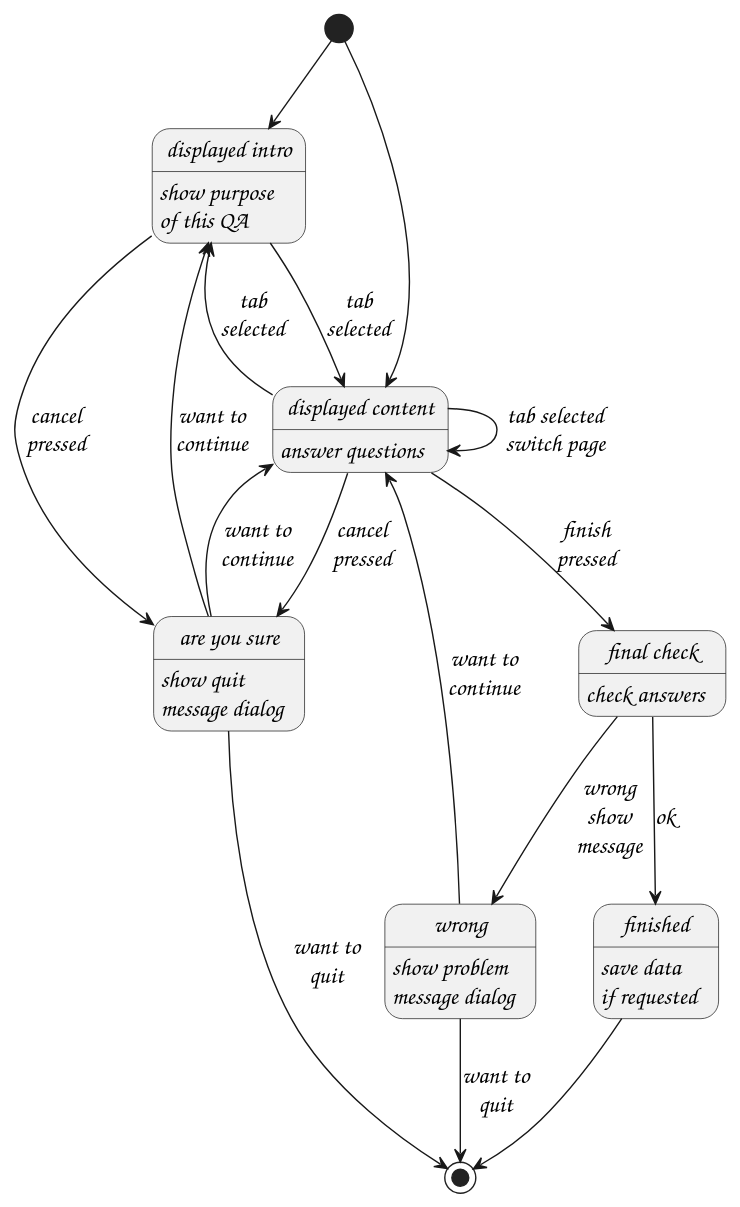
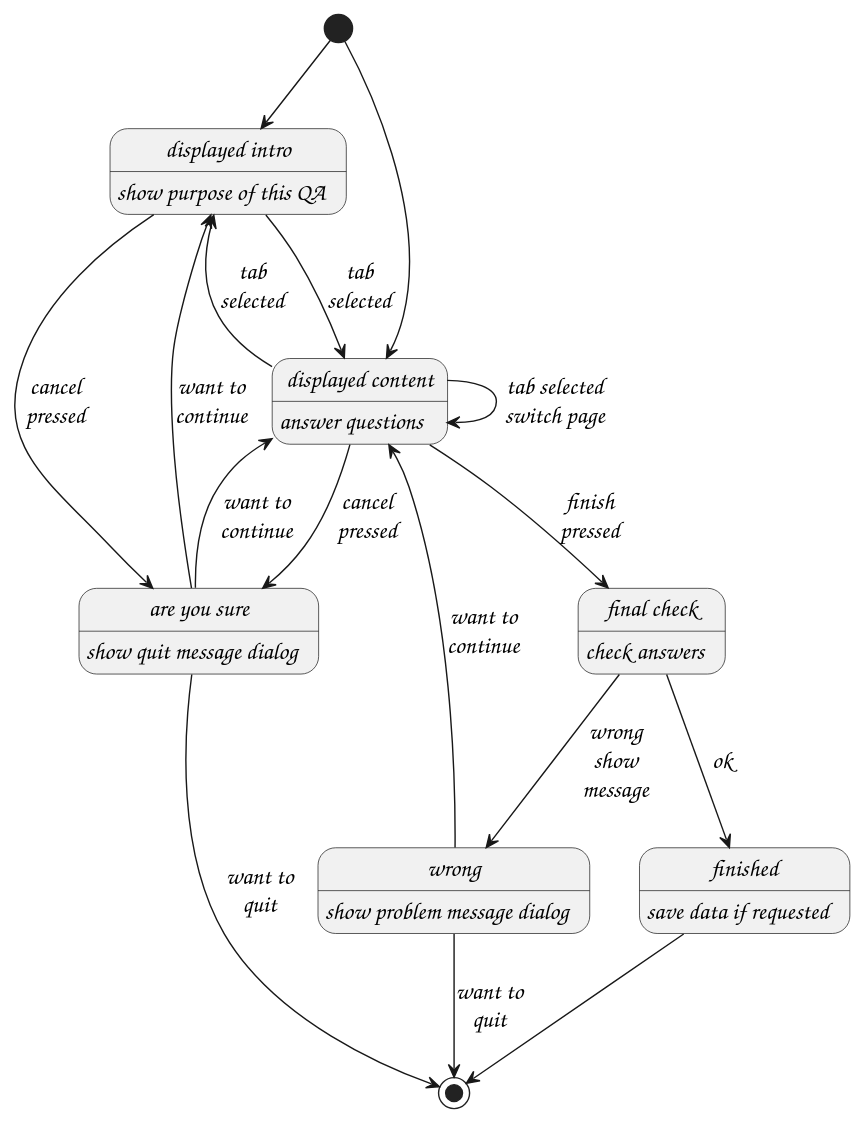
Before and after one commit to MARTIMM/question-answer: the third of 3 diagrams in doc/design.md, drawn with PlantUML. The commit also changed other lines of this file, not shown here.

````diff
--- a/doc/design.md
+++ b/doc/design.md
@@ -236,51 +242,51 @@
 ```plantuml
 @startuml
 hide empty description
 
 skinparam DefaultFontSize 17
 skinparam DefaultFontName "z003"
 skinparam StateStartColor #a0a0a0
 skinparam StateEndColor #a0a0a0
 
-state "displayed intro" as dpi: show purpose\nof this QA
+state "displayed intro" as dpi: show purpose of this QA
 state "displayed content" as dpc: answer questions
 state "final check" as fc: check answers
-state "wrong" as w: show problem\nmessage dialog
-state "are you sure" as c: show quit\nmessage dialog
+state "wrong" as w: show problem message dialog
+state "are you sure" as c: show quit message dialog
 
 [*] --> dpi
 [*] --> dpc
 dpi --> dpc: tab\nselected
 dpc --> dpi: tab\nselected
 dpc --> dpc: tab selected\nswitch page
 
 dpc --> fc: finish\npressed
 fc --> w: wrong\nshow\nmessage
 w --> dpc: want to\ncontinue
 w --> [*]: want to\nquit
 fc --> finished: ok
 
 dpi --> c: cancel\npressed
 dpc --> c: cancel\npressed
 c --> dpc: want to\ncontinue
 c --> dpi: want to\ncontinue
 c --> [*]: want to\nquit
 finished --> [*]
-finished: save data\nif requested
+finished: save data if requested
 
 
 
 
 
 
 
 'dpc --> canceled: cancel\npressed
 'dpc --> finished: finish\npressed
 
 'canceled --> [*]
 'finished --> [*]
 'finished: save data\nif requested
 
 
 @enduml
 ```
````
